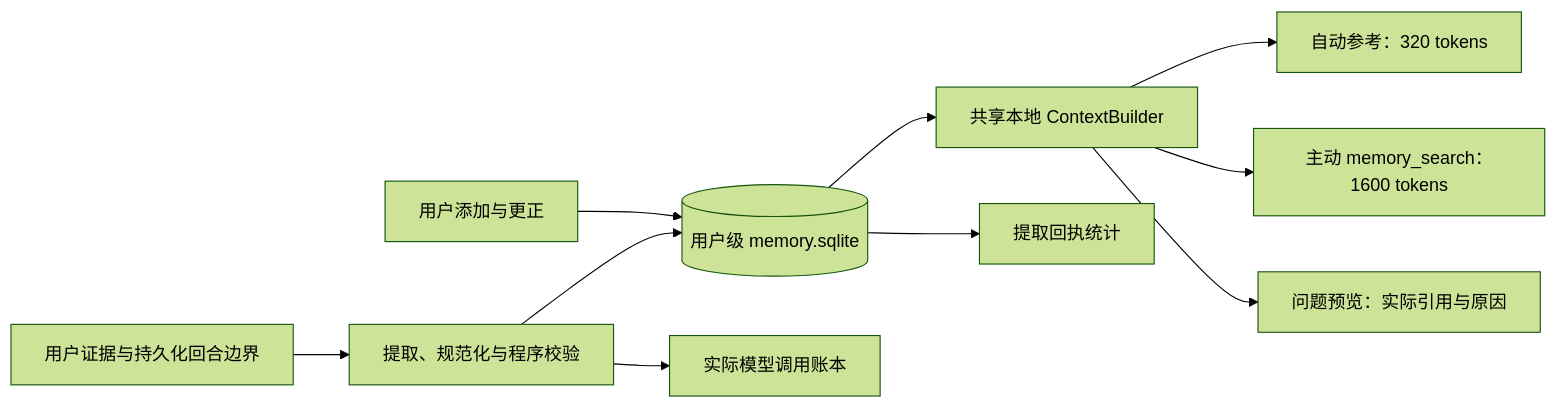
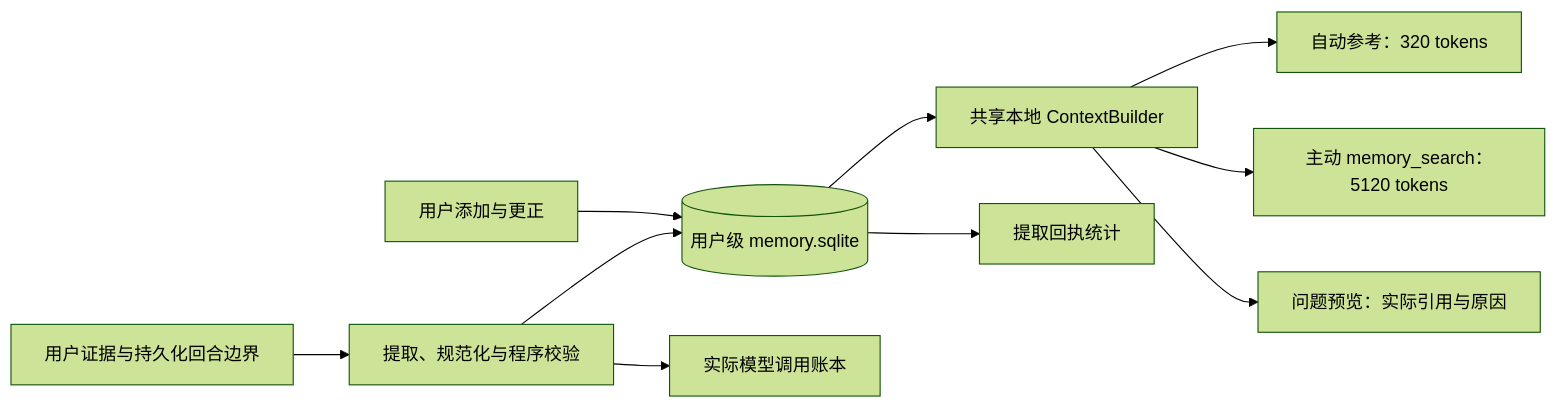
The first of 3 diagrams in docs/pico-memory-technical-guide.md (99Gaoxiaoqi/pico-harness), drawn with Mermaid (forest theme) before and after one commit. The commit also changed other lines of this file and 5 other files, not shown here.

````diff
--- a/docs/pico-memory-technical-guide.md
+++ b/docs/pico-memory-technical-guide.md
@@ -11,12 +11,12 @@
 ```mermaid
 flowchart LR
   events["用户证据与持久化回合边界"] --> extraction["提取、规范化与程序校验"]
   extraction --> db[("用户级 memory.sqlite")]
   management["用户添加与更正"] --> db
   db --> builder["共享本地 ContextBuilder"]
   builder --> automatic["自动参考：320 tokens"]
-  builder --> search["主动 memory_search：1600 tokens"]
+  builder --> search["主动 memory_search：5120 tokens"]
   builder --> preview["问题预览：实际引用与原因"]
   db --> metrics["提取回执统计"]
   extraction --> ledger["实际模型调用账本"]
 ```
````
